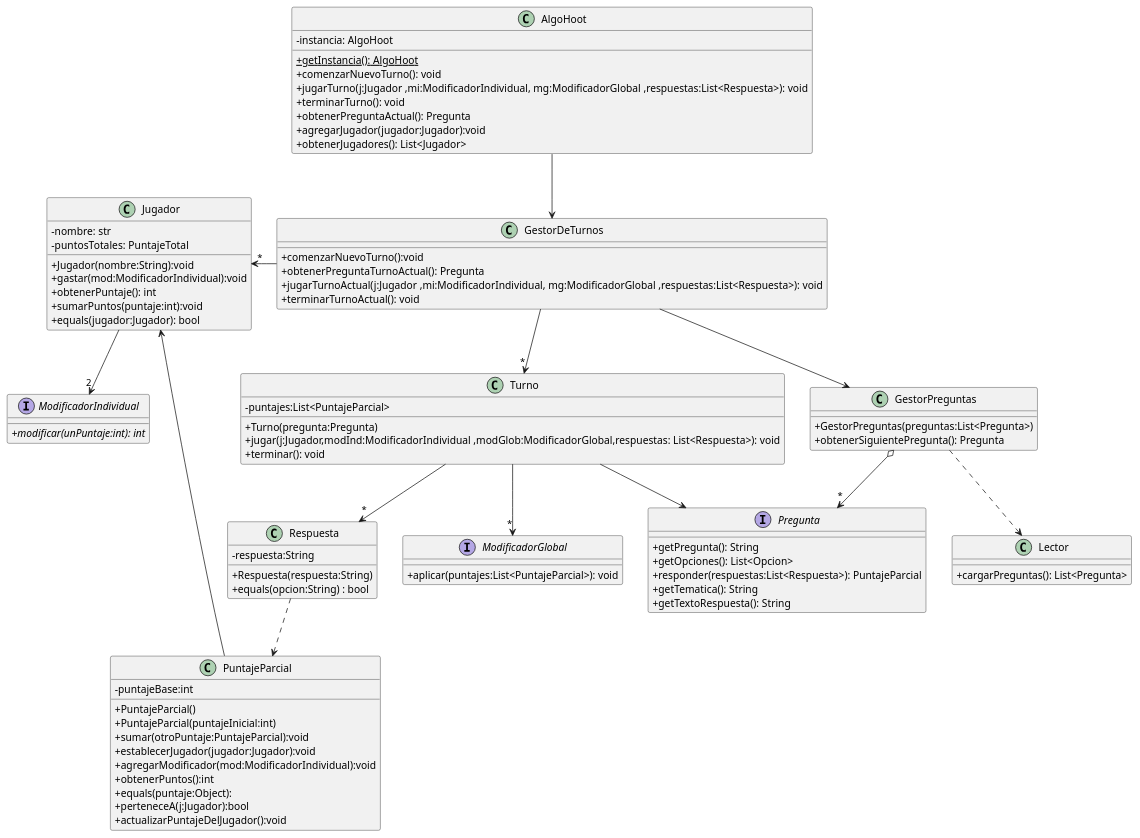
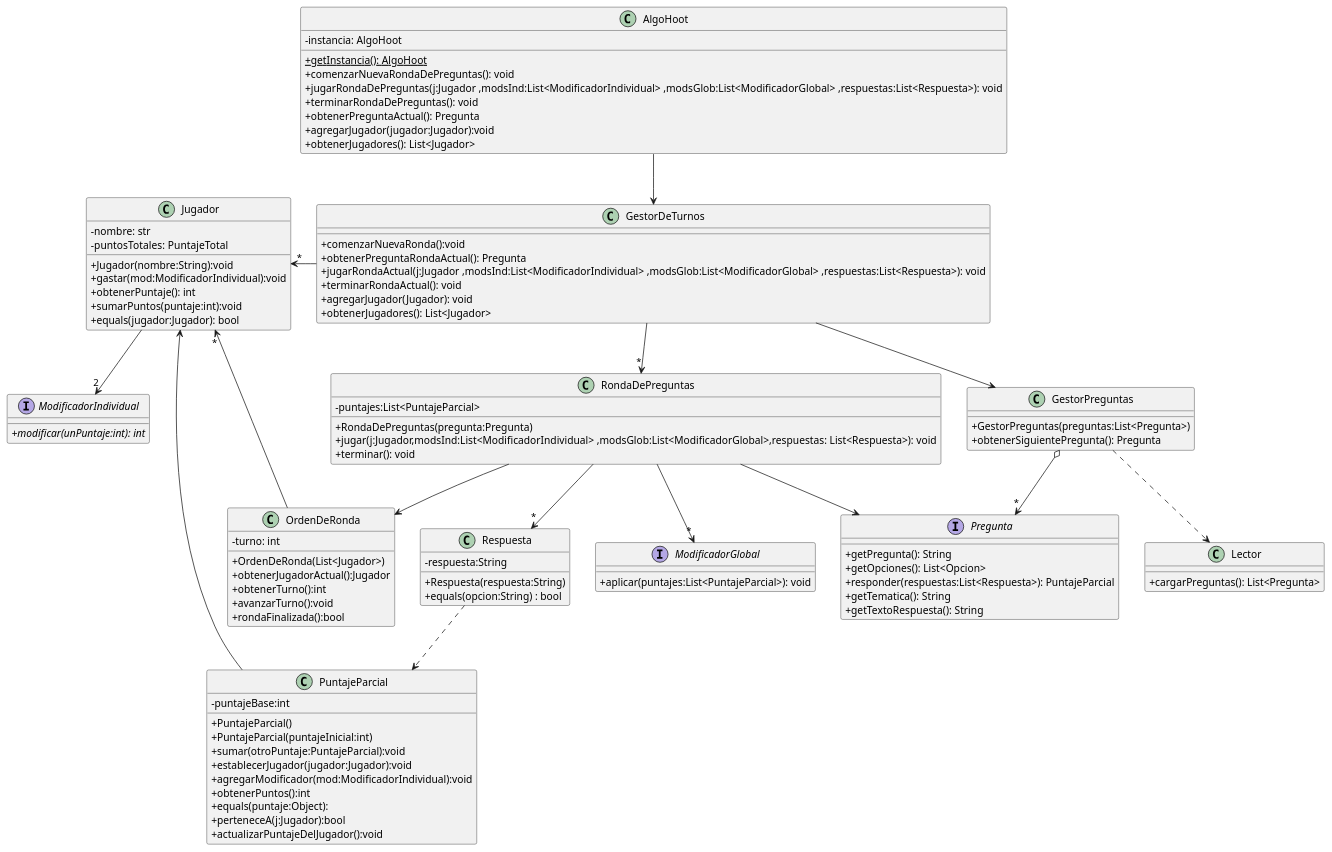
Before and after one commit to fiuba/algo3_proyecto_base_tp2: the diagram in diagrams/classes/entrega0/clases2.plantuml, drawn with PlantUML. The commit also changed 9 other files, not shown here.

Commit message:
Cambio de inicializacion del Gestor de preguntas para evitar multiples catches de excepciones. Cambio al diagrama de clases Agregar excepcion de jugador no esperado en el turno entre otros cambios

```diff
--- a/diagrams/classes/entrega0/clases2.plantuml
+++ b/diagrams/classes/entrega0/clases2.plantuml
@@ -1,102 +1,117 @@
 @startuml clasesGenerales
 
 skinparam monochrome false
 /'skinparam monochrome true'/
 /'hide circle '/
 skinparam classAttributeIconSize 0
 
 interface Pregunta {
     + getPregunta(): String
     + getOpciones(): List<Opcion>
     + responder(respuestas:List<Respuesta>): PuntajeParcial
     + getTematica(): String
     + getTextoRespuesta(): String
 }
 
 class GestorDeTurnos {
-    +comenzarNuevoTurno():void
-    +obtenerPreguntaTurnoActual(): Pregunta
-    +jugarTurnoActual(j:Jugador ,mi:ModificadorIndividual, mg:ModificadorGlobal ,respuestas:List<Respuesta>): void
-    +terminarTurnoActual(): void
+    +comenzarNuevaRonda():void
+    +obtenerPreguntaRondaActual(): Pregunta
+    +jugarRondaActual(j:Jugador ,modsInd:List<ModificadorIndividual> ,modsGlob:List<ModificadorGlobal> ,respuestas:List<Respuesta>): void
+    +terminarRondaActual(): void
+    +agregarJugador(Jugador): void
+    +obtenerJugadores(): List<Jugador>
 }
 
-class Turno {
+class RondaDePreguntas {
     - puntajes:List<PuntajeParcial>
-    + Turno(pregunta:Pregunta)
-    + jugar(j:Jugador,modInd:ModificadorIndividual ,modGlob:ModificadorGlobal,respuestas: List<Respuesta>): void
+    + RondaDePreguntas(pregunta:Pregunta)
+    + jugar(j:Jugador,modsInd:List<ModificadorIndividual> ,modsGlob:List<ModificadorGlobal>,respuestas: List<Respuesta>): void
     + terminar(): void
+}
+
+class OrdenDeRonda {
+    - turno: int
+    + OrdenDeRonda(List<Jugador>)
+    + obtenerJugadorActual():Jugador
+    + obtenerTurno():int
+    + avanzarTurno():void
+    + rondaFinalizada():bool
+
 }
 
 class GestorPreguntas {
     +GestorPreguntas(preguntas:List<Pregunta>)
     +obtenerSiguientePregunta(): Pregunta
 }
 
 class Jugador {
     - nombre: str
     - puntosTotales: PuntajeTotal
     + Jugador(nombre:String):void
     + gastar(mod:ModificadorIndividual):void
     + obtenerPuntaje(): int
     + sumarPuntos(puntaje:int):void
     + equals(jugador:Jugador): bool
 }
 
 class Respuesta {
     - respuesta:String
     + Respuesta(respuesta:String)
     + equals(opcion:String) : bool
 }
 
 class AlgoHoot {
     - instancia: AlgoHoot
     + {static}getInstancia(): AlgoHoot
-    + comenzarNuevoTurno(): void
-    + jugarTurno(j:Jugador ,mi:ModificadorIndividual, mg:ModificadorGlobal ,respuestas:List<Respuesta>): void
-    + terminarTurno(): void
+    + comenzarNuevaRondaDePreguntas(): void
+    + jugarRondaDePreguntas(j:Jugador ,modsInd:List<ModificadorIndividual> ,modsGlob:List<ModificadorGlobal> ,respuestas:List<Respuesta>): void
+    + terminarRondaDePreguntas(): void
     + obtenerPreguntaActual(): Pregunta
     + agregarJugador(jugador:Jugador):void
     + obtenerJugadores(): List<Jugador>
 }
 
 class Lector{
     +cargarPreguntas(): List<Pregunta>
 }
 
 interface ModificadorIndividual{
     + {abstract} modificar(unPuntaje:int): int
 }
 
 interface ModificadorGlobal{
     +aplicar(puntajes:List<PuntajeParcial>): void
 }
 
 class PuntajeParcial{
     -puntajeBase:int
     +PuntajeParcial()
     +PuntajeParcial(puntajeInicial:int)
     +sumar(otroPuntaje:PuntajeParcial):void
     +establecerJugador(jugador:Jugador):void
     +agregarModificador(mod:ModificadorIndividual):void
     +obtenerPuntos():int
     +equals(puntaje:Object):
     +perteneceA(j:Jugador):bool
     +actualizarPuntajeDelJugador():void
 }
 
 
 GestorDeTurnos -down-> GestorPreguntas
-GestorDeTurnos -down-> "*" Turno
+GestorDeTurnos -down-> "*" RondaDePreguntas
 GestorPreguntas o-->"*" Pregunta
 GestorPreguntas ..> Lector
-Turno --> Pregunta
-Turno --> "*" Respuesta
+RondaDePreguntas --> Pregunta
+RondaDePreguntas --> "*" Respuesta
+RondaDePreguntas --> OrdenDeRonda
+OrdenDeRonda --> "*" Jugador
 AlgoHoot --> GestorDeTurnos
 GestorDeTurnos -left->"*" Jugador
 PuntajeParcial --> Jugador
 Respuesta ..> PuntajeParcial
 
 Jugador --> "2" ModificadorIndividual
-Turno -->"*" ModificadorGlobal
+RondaDePreguntas -->"*" ModificadorGlobal
+
 
 @enduml
```
